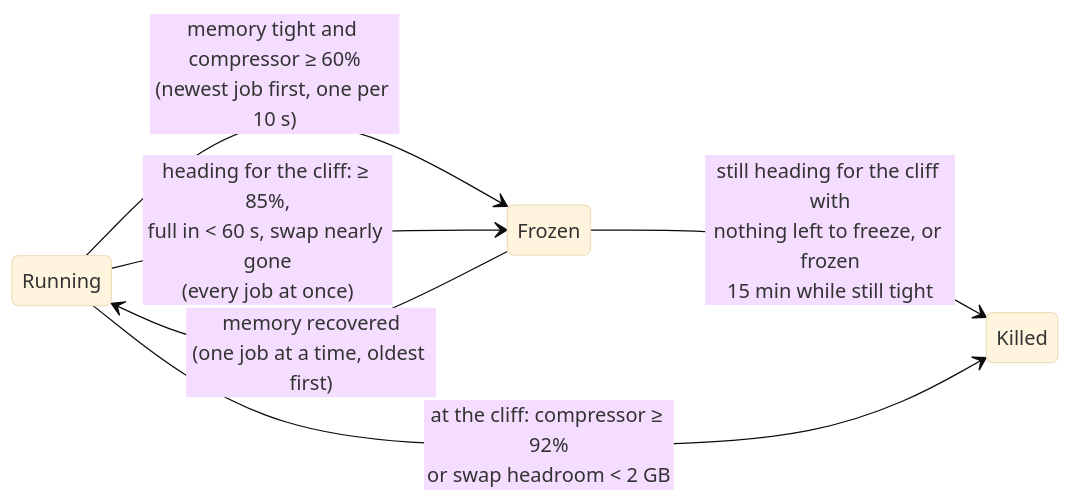
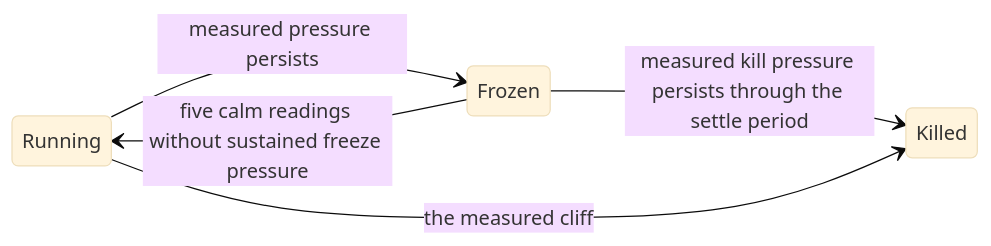
Before and after one commit to DivMode/membrake: the diagram in README.md, drawn with Mermaid (base theme). The commit also changed other lines of this file and 15 other files, not shown here.

````diff
--- a/README.md
+++ b/README.md
@@ -87,9 +87,8 @@
 ```mermaid
 stateDiagram-v2
     direction LR
-    Running --> Frozen: memory tight and compressor ≥ 60%<br/>(newest job first, one per 10 s)
-    Running --> Frozen: heading for the cliff: ≥ 85%,<br/>full in < 60 s, swap nearly gone<br/>(every job at once)
-    Frozen --> Running: memory recovered<br/>(one job at a time, oldest first)
-    Frozen --> Killed: still heading for the cliff with<br/>nothing left to freeze, or frozen<br/>15 min while still tight
-    Running --> Killed: at the cliff: compressor ≥ 92%<br/>or swap headroom < 2 GB
+    Running --> Frozen: measured pressure persists
+    Frozen --> Running: five calm readings without sustained freeze pressure
+    Frozen --> Killed: measured kill pressure persists through the settle period
+    Running --> Killed: the measured cliff
 ```
````
